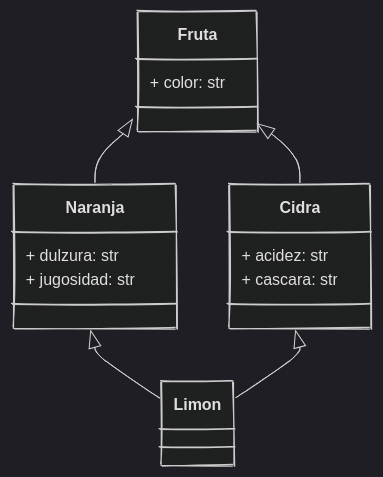
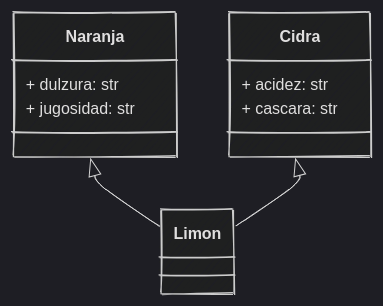
Before and after one commit to python-la-paz/python-study-group-oop: the ninth of 9 diagrams in content/sesion05/Readme.md, drawn with Mermaid. The commit also changed other lines of this file and 7 other files, not shown here.

````diff
--- a/content/sesion05/Readme.md
+++ b/content/sesion05/Readme.md
@@ -1580,21 +1599,16 @@
 ```mermaid
 %%{init: {"theme": "dark", "look": "handDrawn" }}%%
 classDiagram
-    class Fruta {
-        + color: str
-    }
     class Cidra {
         + acidez: str
         + cascara: str
     }
     class Naranja {
         + dulzura: str
         + jugosidad: str
     }
     class Limon {
     }
-    Fruta <|-- Cidra
-    Fruta <|-- Naranja
     Naranja <|-- Limon
     Cidra <|-- Limon
 ```
````
